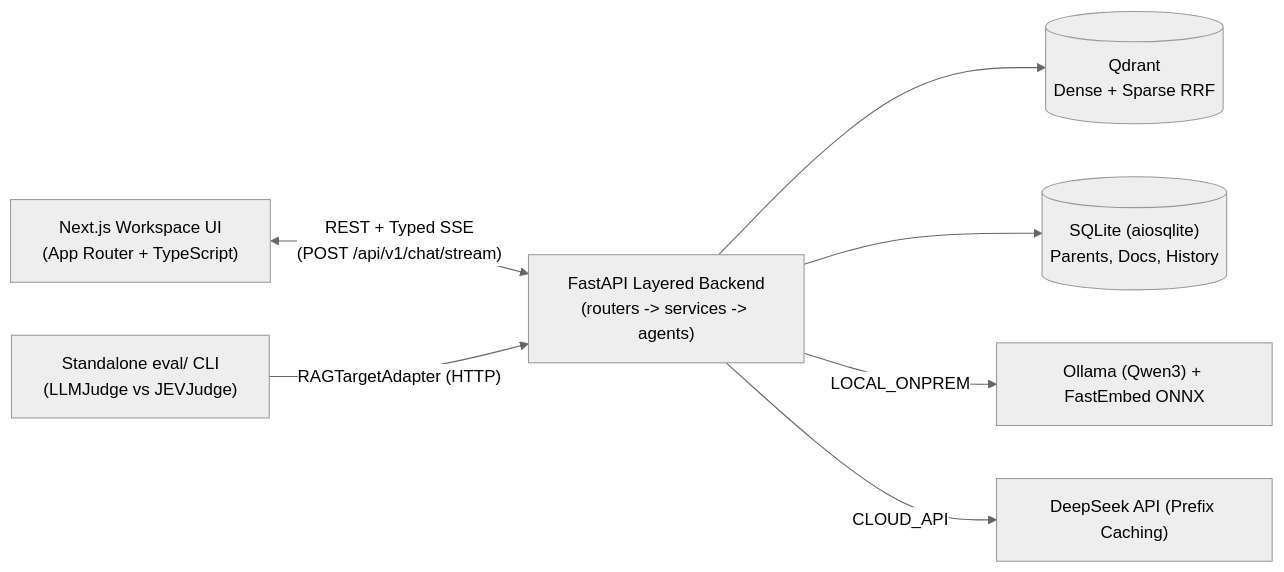
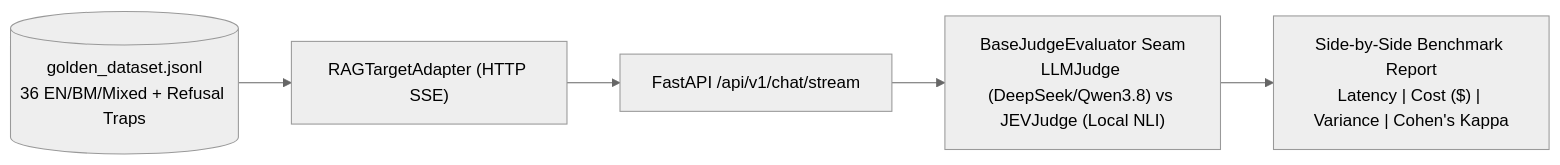
One commit to amirulhazym/sovereign-agentic-rag changed the third of 3 diagrams in README.md. Above: the diagram before and after it, drawn with Mermaid (neutral theme). The commit also changed other lines of this file and 7 other files, not shown here.

Commit message:
docs: upgrade to Qwen3.8 series and add full end-to-end Agentic RAG pipeline diagrams

````diff
--- a/README.md
+++ b/README.md
@@ -42,9 +89,7 @@
 ```mermaid
 flowchart LR
-    UI["Next.js Workspace UI<br/>(App Router + TypeScript)"] <-->|"REST + Typed SSE<br/>(POST /api/v1/chat/stream)"| API["FastAPI Layered Backend<br/>(routers -> services -> agents)"]
-    API --> Qdrant[("Qdrant<br/>Dense + Sparse RRF")]
-    API --> SQLite[("SQLite (aiosqlite)<br/>Parents, Docs, History")]
-    API -->|"LOCAL_ONPREM"| Local["Ollama (Qwen3) + FastEmbed ONNX"]
-    API -->|"CLOUD_API"| Cloud["DeepSeek API (Prefix Caching)"]
-    Eval["Standalone eval/ CLI<br/>(LLMJudge vs JEVJudge)"] -->|"RAGTargetAdapter (HTTP)"| API
+    Dataset[("golden_dataset.jsonl<br/>36 EN/BM/Mixed + Refusal Traps")] --> Adapter["RAGTargetAdapter (HTTP SSE)"]
+    Adapter --> API["FastAPI /api/v1/chat/stream"]
+    API --> Evaluators["BaseJudgeEvaluator Seam<br/>LLMJudge (DeepSeek/Qwen3.8) vs JEVJudge (Local NLI)"]
+    Evaluators --> Report["Side-by-Side Benchmark Report<br/>Latency | Cost ($) | Variance | Cohen's Kappa"]
 ```
````
